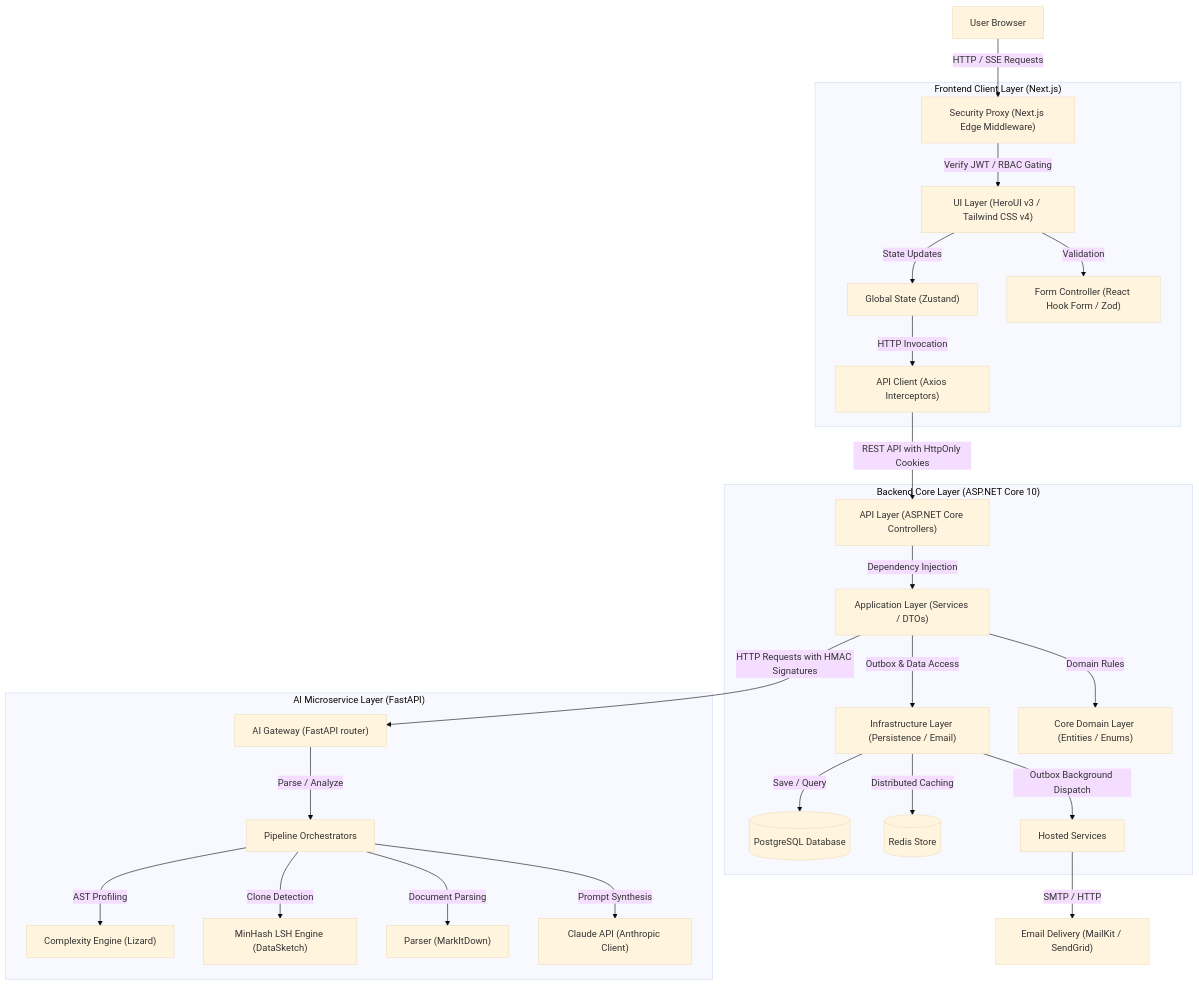
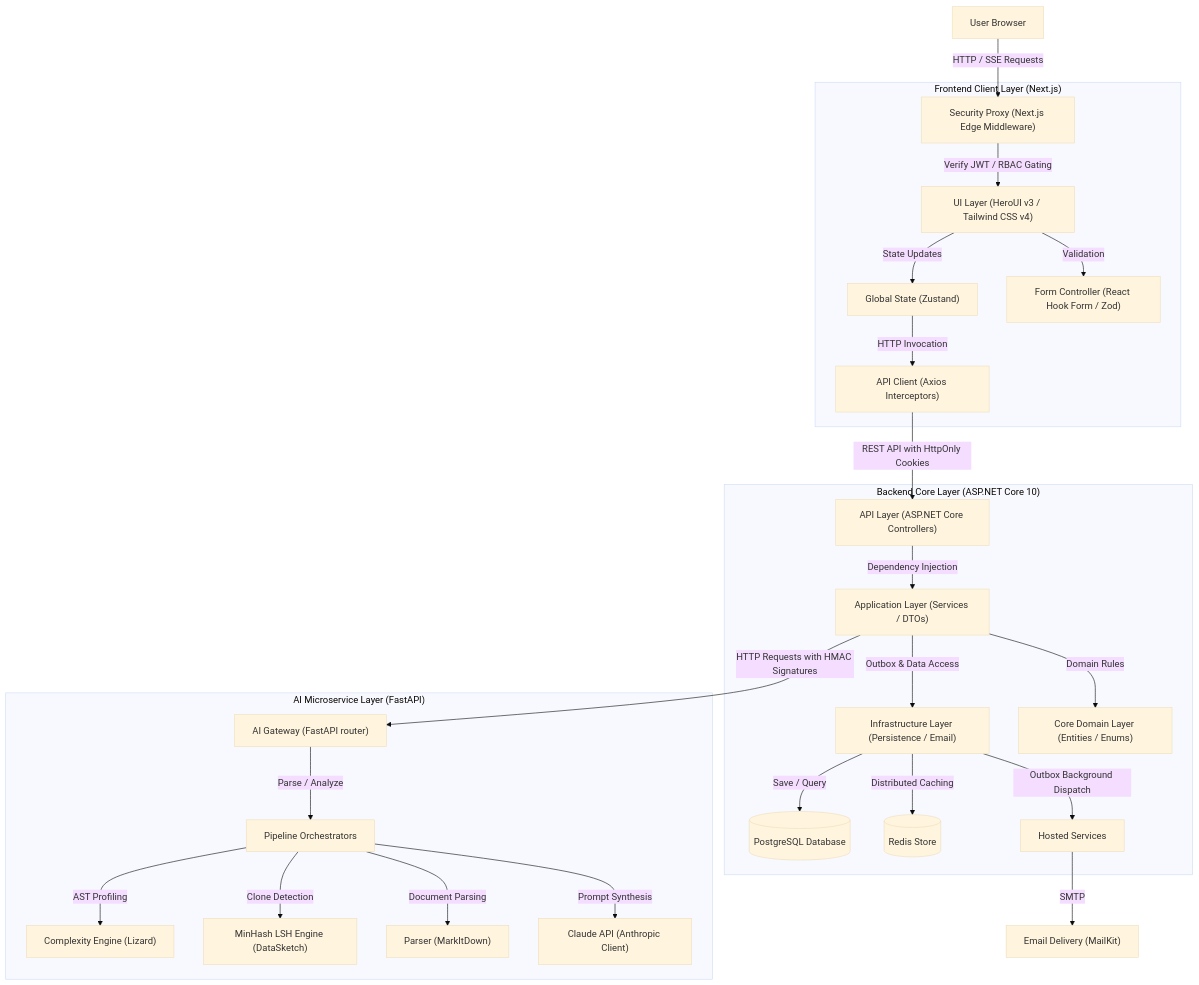
The diagram in README.md (Kaivian/CVerify), drawn with Mermaid (base theme) before and after one commit. The commit also changed 24 other files, not shown here.

First line of the commit message:
﻿refactor(email): remove SendGrid completely and standardize on SMTP

````diff
--- a/README.md
+++ b/README.md
@@ -18,34 +18,34 @@
 ```mermaid
 graph TD
     Browser["User Browser"] -->|HTTP / SSE Requests| Proxy["Security Proxy (Next.js Edge Middleware)"]
     
     subgraph Frontend ["Frontend Client Layer (Next.js)"]
         Proxy -->|Verify JWT / RBAC Gating| UI["UI Layer (HeroUI v3 / Tailwind CSS v4)"]
         UI -->|State Updates| Store["Global State (Zustand)"]
         UI -->|Validation| Forms["Form Controller (React Hook Form / Zod)"]
         Store -->|HTTP Invocation| Axios["API Client (Axios Interceptors)"]
     end
     
     Axios -->|REST API with HttpOnly Cookies| API["API Layer (ASP.NET Core Controllers)"]
     
     subgraph Backend ["Backend Core Layer (ASP.NET Core 10)"]
         API -->|Dependency Injection| App["Application Layer (Services / DTOs)"]
         App -->|Outbox & Data Access| Infra["Infrastructure Layer (Persistence / Email)"]
         App -->|Domain Rules| CoreDomain["Core Domain Layer (Entities / Enums)"]
         Infra -->|Save / Query| Postgres[("PostgreSQL Database")]
         Infra -->|Distributed Caching| Redis[("Redis Store")]
         Infra -->|Outbox Background Dispatch| BgProcessor["Hosted Services"]
     end
     
     App -->|HTTP Requests with HMAC Signatures| AI_API["AI Gateway (FastAPI router)"]
     
     subgraph AIService ["AI Microservice Layer (FastAPI)"]
         AI_API -->|Parse / Analyze| Pip["Pipeline Orchestrators"]
         Pip -->|AST Profiling| Lizard["Complexity Engine (Lizard)"]
         Pip -->|Clone Detection| MinHash["MinHash LSH Engine (DataSketch)"]
         Pip -->|Document Parsing| MarkItDown["Parser (MarkItDown)"]
         Pip -->|Prompt Synthesis| Claude["Claude API (Anthropic Client)"]
     end
     
-    BgProcessor -->|SMTP / HTTP| EmailService["Email Delivery (MailKit / SendGrid)"]
+    BgProcessor -->|SMTP| EmailService["Email Delivery (MailKit)"]
 ```
````
